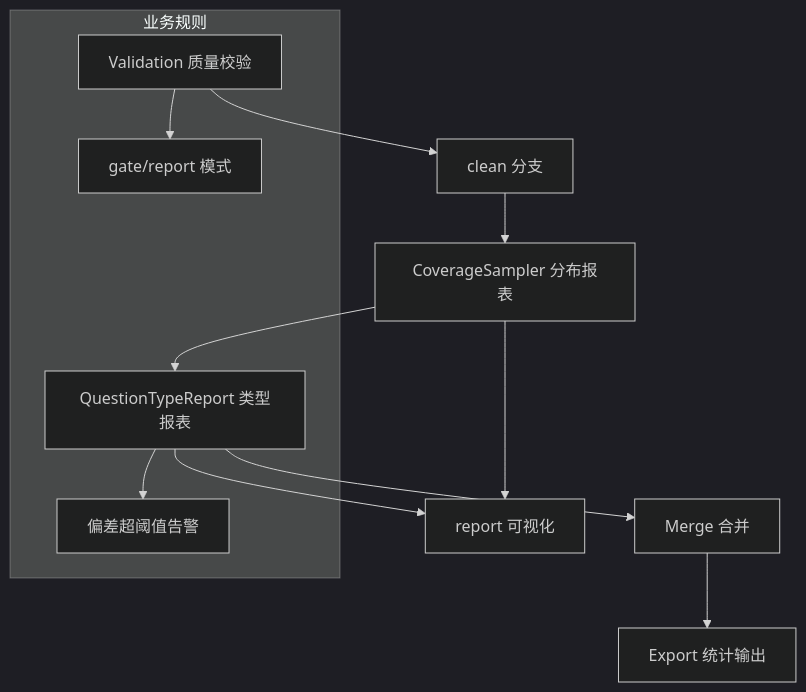
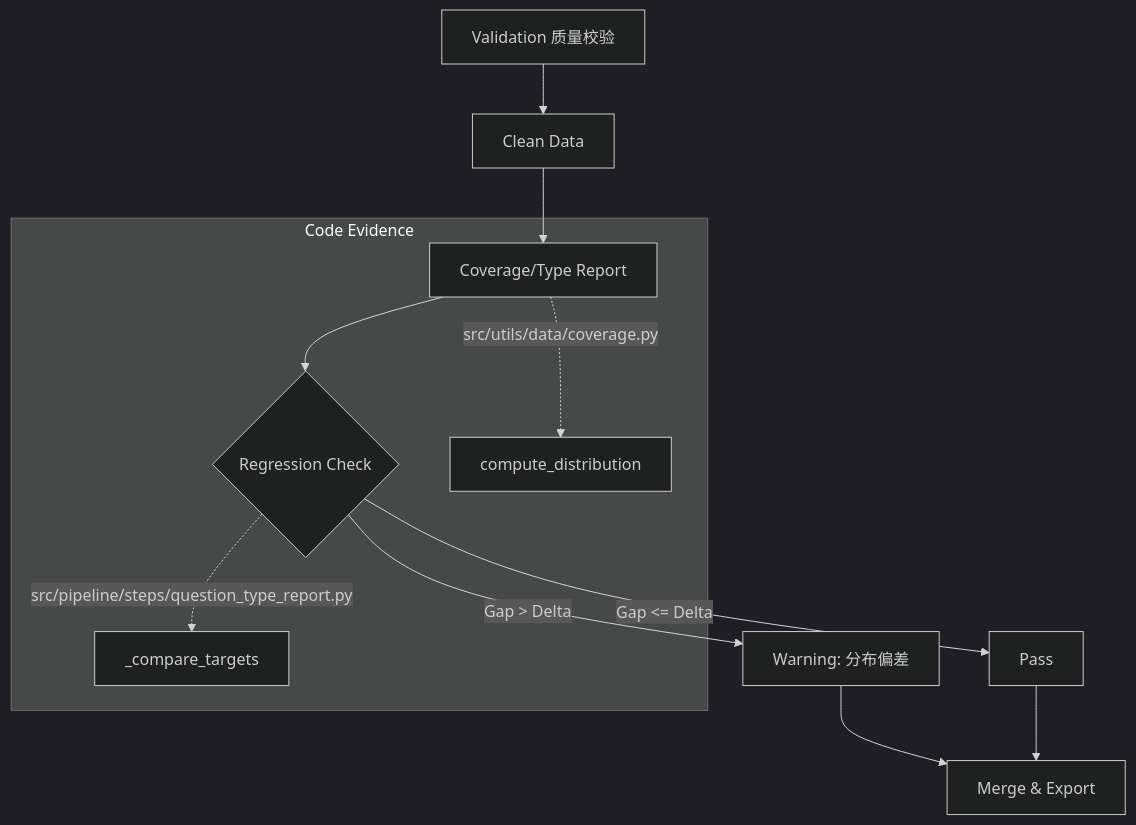
One commit to FlutteryEmbers/intelligent_code changed the diagram in docs/features/05_observability/verification_feedback_loop.md. Above: the diagram before and after it, drawn with Mermaid (dark theme). The commit also changed other lines of this file and 10 other files, not shown here.

````diff
--- a/docs/features/05_observability/verification_feedback_loop.md
+++ b/docs/features/05_observability/verification_feedback_loop.md
@@ -43,15 +50,14 @@
 ```mermaid
 flowchart TD
-  A[Validation 质量校验] --> B[clean 分支]
-  B --> C[CoverageSampler 分布报表]
-  C --> D[QuestionTypeReport 类型报表]
-  D --> E[Merge 合并]
-  E --> F[Export 统计输出]
-  C --> G[report 可视化]
-  D --> G
-
-  subgraph 业务规则
-    A --> A1[gate/report 模式]
-    D --> D1[偏差超阈值告警]
+  A["Validation 质量校验"] --> B["Clean Data"]
+  B --> C["Coverage/Type Report"]
+  C --> D{"Regression Check"}
+  D -- Gap > Delta --> E["Warning: 分布偏差"]
+  D -- Gap <= Delta --> F["Pass"]
+  E & F --> G["Merge & Export"]
+  
+  subgraph Code Evidence
+     C -.-> |src/utils/data/coverage.py| dist["compute_distribution"]
+     D -.-> |src/pipeline/steps/question_type_report.py| check["_compare_targets"]
   end
 ```
````
